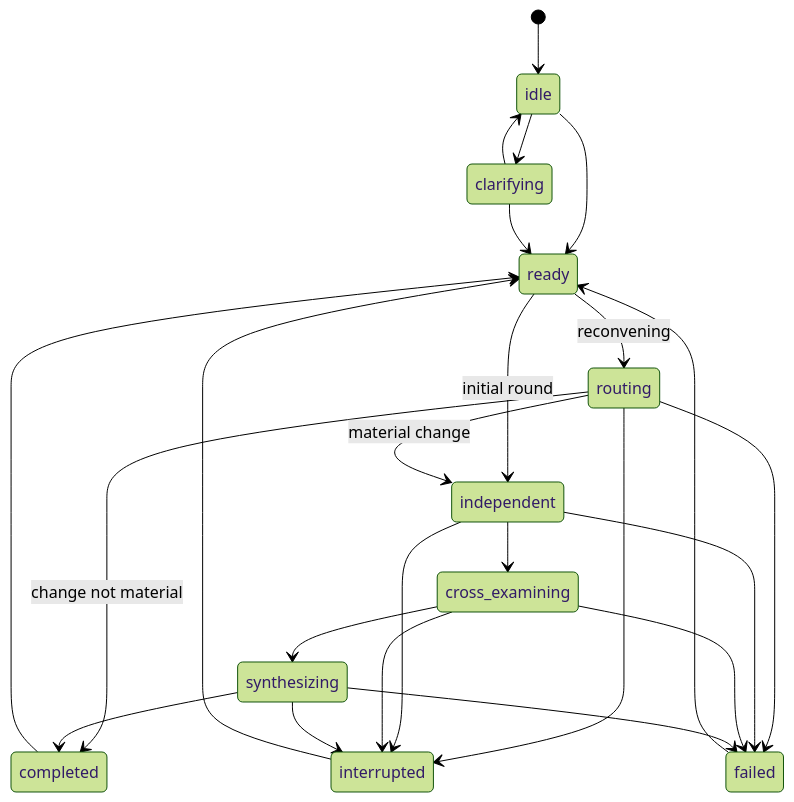
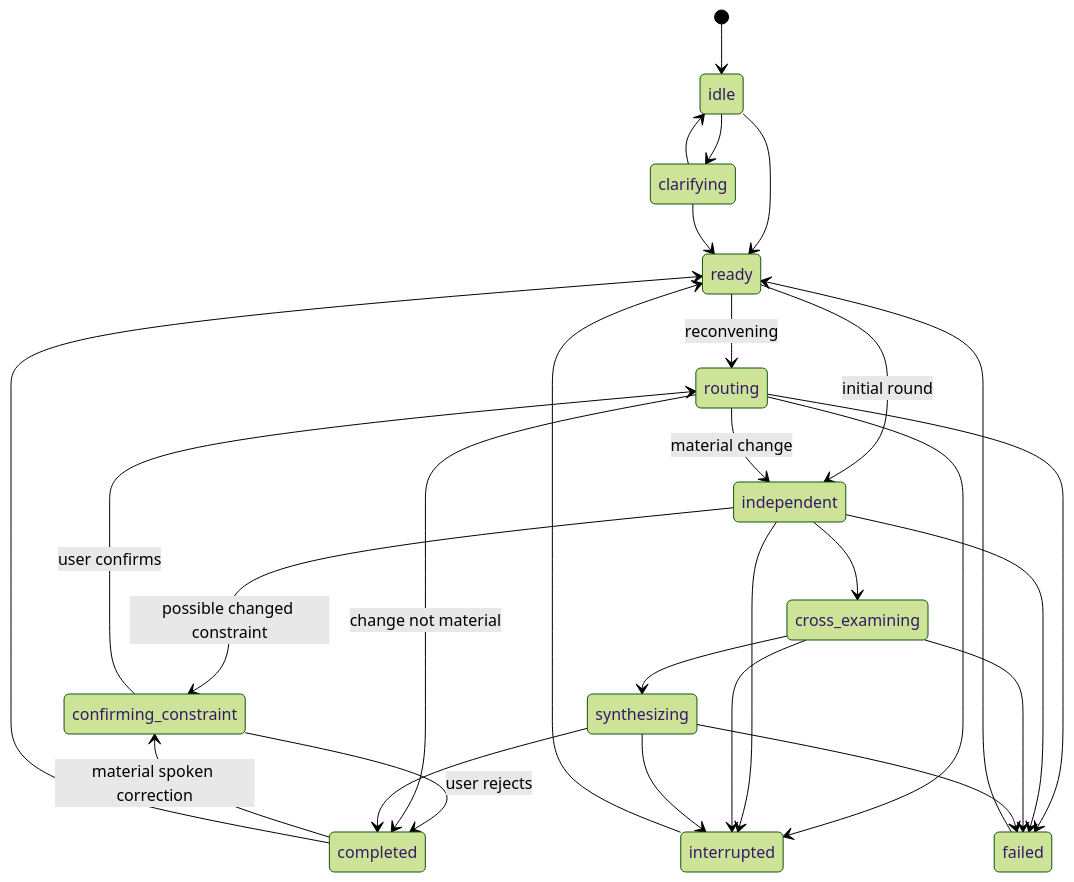
The sixth of 9 diagrams in ARCHITECTURE.md (Laksh-star/sagacity-syndicate), drawn with Mermaid (forest theme) before and after one commit. The commit also changed other lines of this file and 25 other files, not shown here.

````diff
--- a/ARCHITECTURE.md
+++ b/ARCHITECTURE.md
@@ -306,26 +307,30 @@
 ```mermaid
 stateDiagram-v2
     [*] --> idle
     idle --> clarifying
     idle --> ready
     clarifying --> ready
     clarifying --> idle
+    completed --> confirming_constraint: material spoken correction
+    independent --> confirming_constraint: possible changed constraint
+    confirming_constraint --> routing: user confirms
+    confirming_constraint --> completed: user rejects
     ready --> routing: reconvening
     ready --> independent: initial round
     routing --> independent: material change
     routing --> completed: change not material
     independent --> cross_examining
     cross_examining --> synthesizing
     synthesizing --> completed
     routing --> interrupted
     independent --> interrupted
     cross_examining --> interrupted
     synthesizing --> interrupted
     routing --> failed
     independent --> failed
     cross_examining --> failed
     synthesizing --> failed
     completed --> ready
     interrupted --> ready
     failed --> ready
 ```
````
